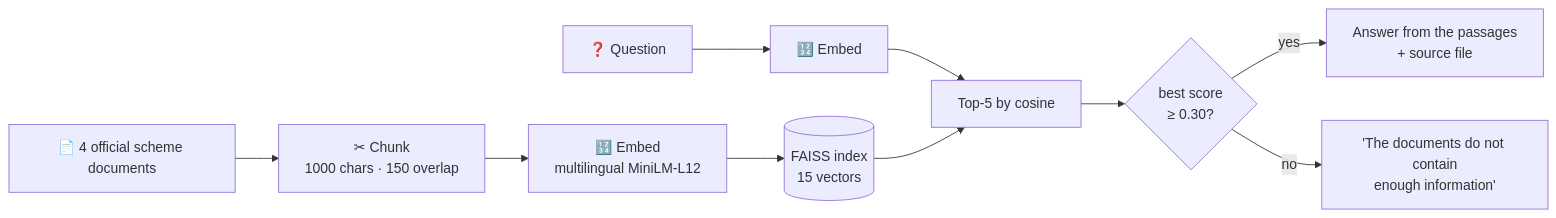
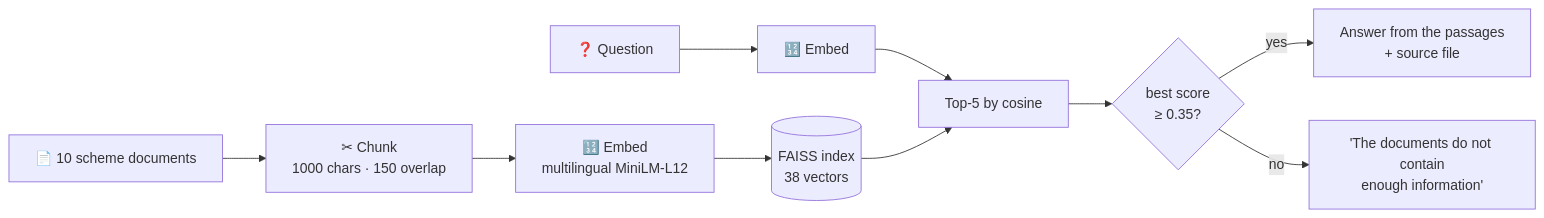
The fourth of 6 diagrams in README.md (sehscape/Multilingual-Agri-AI-Agent), drawn with Mermaid before and after one commit. The commit also changed other lines of this file and 42 other files, not shown here.

````diff
--- a/README.md
+++ b/README.md
@@ -235,11 +236,11 @@
 ```mermaid
 flowchart LR
-    D["📄 4 official scheme documents"] --> CH["✂ Chunk<br/>1000 chars · 150 overlap"]
+    D["📄 10 scheme documents"] --> CH["✂ Chunk<br/>1000 chars · 150 overlap"]
     CH --> E["🔢 Embed<br/>multilingual MiniLM-L12"]
-    E --> IX[("FAISS index<br/>15 vectors")]
+    E --> IX[("FAISS index<br/>38 vectors")]
     Q["❓ Question"] --> QE["🔢 Embed"] --> S["Top-5 by cosine"]
     IX --> S
-    S --> G{"best score<br/>≥ 0.30?"}
+    S --> G{"best score<br/>≥ 0.35?"}
     G -- "yes" --> ANS["Answer from the passages<br/>+ source file"]
     G -- "no" --> REF["'The documents do not contain<br/>enough information'"]
 ```
````
